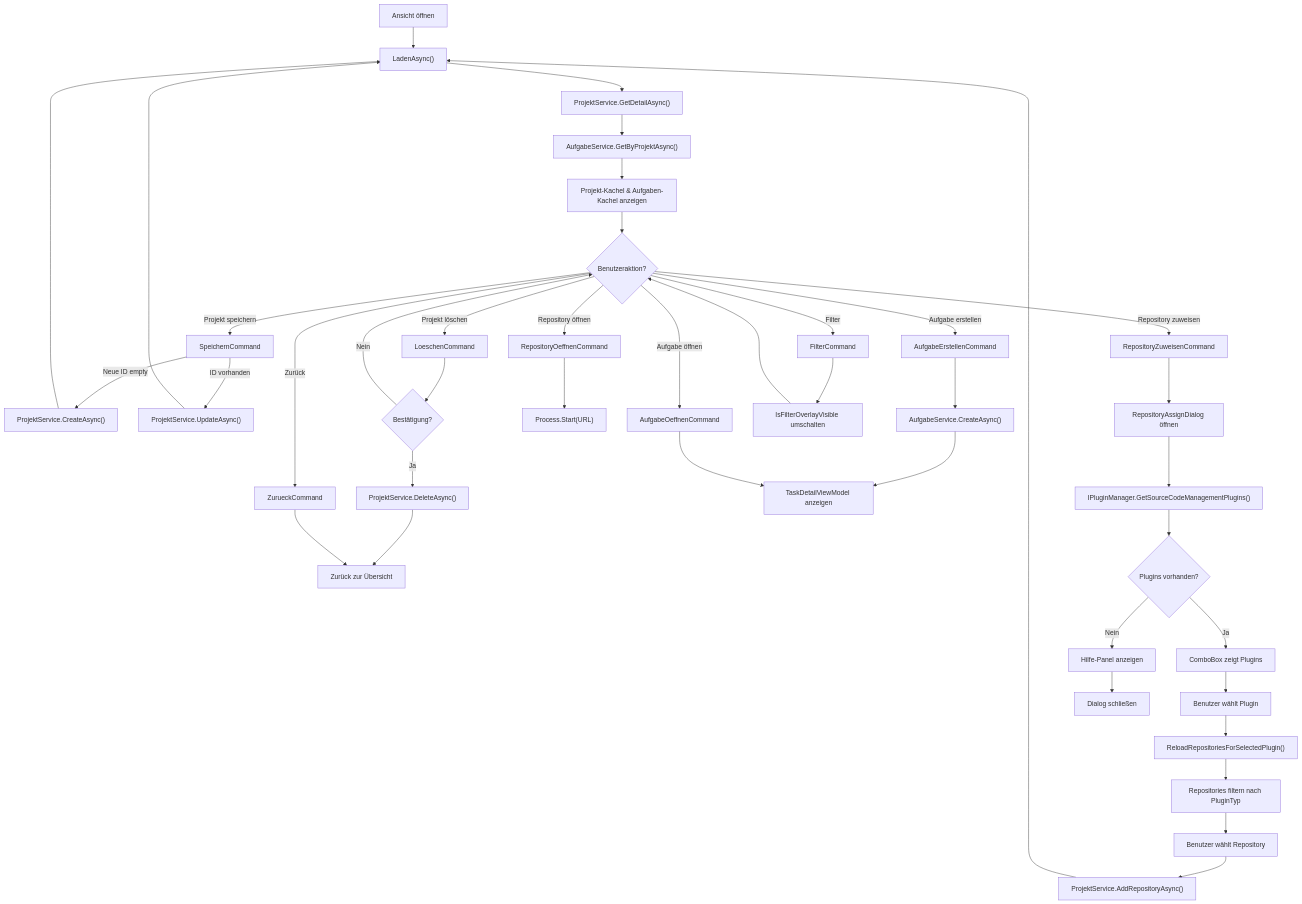
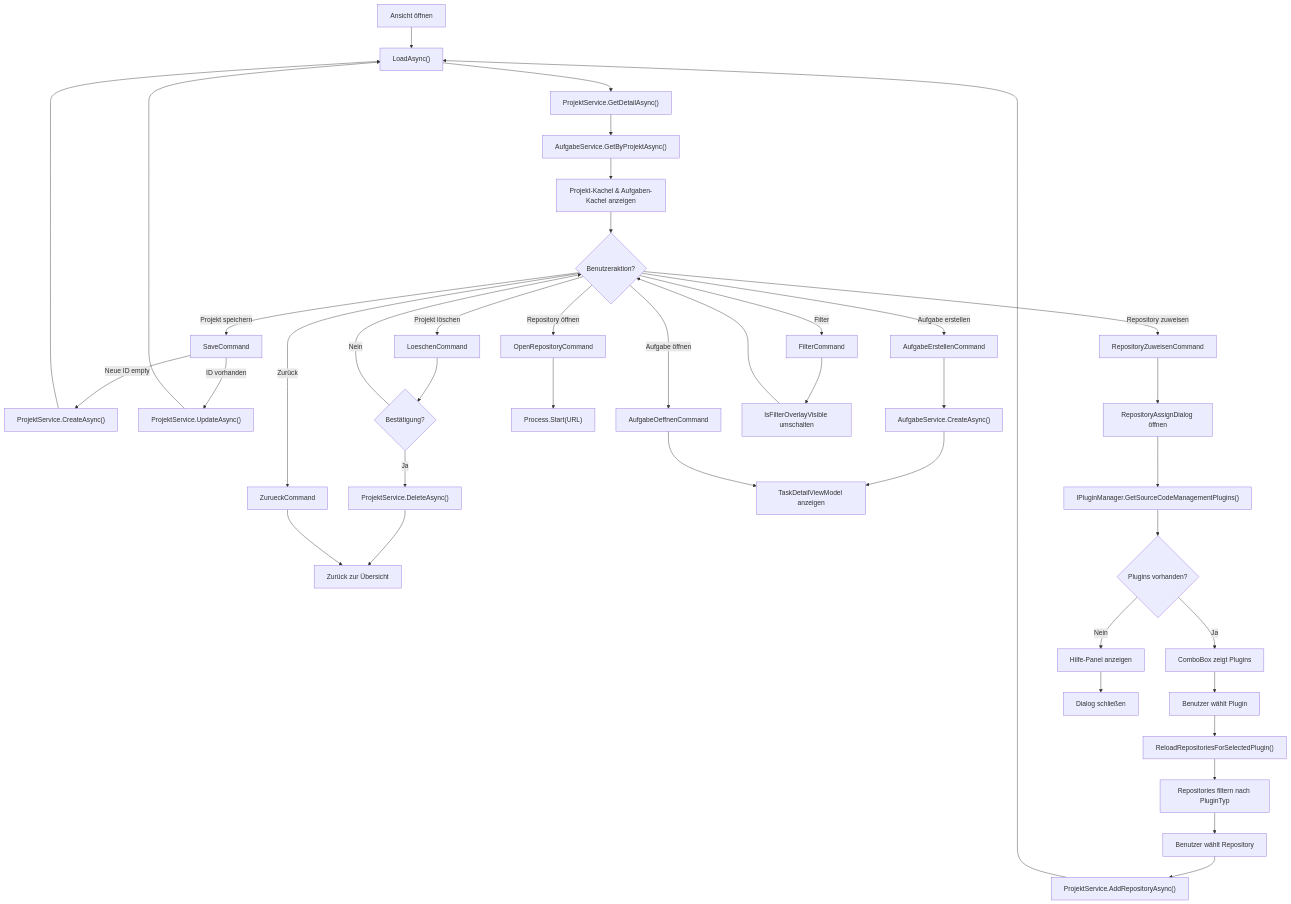
One commit to martin-stromberg/Softwareschmiede changed the diagram in docs/help/projekte/ablauf-technisch.md. Above: the diagram before and after it, drawn with Mermaid. The commit also changed other lines of this file and 76 other files, not shown here.

````diff
--- a/docs/help/projekte/ablauf-technisch.md
+++ b/docs/help/projekte/ablauf-technisch.md
@@ -369,52 +369,52 @@
 ```mermaid
 flowchart TD
-    Start[Ansicht öffnen] --> Load["LadenAsync()"]
+    Start[Ansicht öffnen] --> Load["LoadAsync()"]
     Load --> LoadProj["ProjektService.GetDetailAsync()"]
     LoadProj --> LoadTasks["AufgabeService.GetByProjektAsync()"]
     LoadTasks --> ShowUI["Projekt-Kachel & Aufgaben-Kachel anzeigen"]
     
     ShowUI --> UserAction{Benutzeraktion?}
     
-    UserAction -->|Projekt speichern| SaveProj["SpeichernCommand"]
+    UserAction -->|Projekt speichern| SaveProj["SaveCommand"]
     SaveProj -->|Neue ID empty| CreateProj["ProjektService.CreateAsync()"]
     SaveProj -->|ID vorhanden| UpdateProj["ProjektService.UpdateAsync()"]
     CreateProj --> Load
     UpdateProj --> Load
     
     UserAction -->|Projekt löschen| DelCmd["LoeschenCommand"]
     DelCmd --> Confirm{"Bestätigung?"}
     Confirm -->|Nein| UserAction
     Confirm -->|Ja| DeleteProj["ProjektService.DeleteAsync()"]
     DeleteProj --> Back["Zurück zur Übersicht"]
     
     UserAction -->|Repository zuweisen| RepoCmd["RepositoryZuweisenCommand"]
     RepoCmd --> Dialog["RepositoryAssignDialog öffnen"]
     Dialog --> LoadPlugins["IPluginManager.GetSourceCodeManagementPlugins()"]
     LoadPlugins --> CheckPlugins{Plugins vorhanden?}
     CheckPlugins -->|Ja| ShowCombo["ComboBox zeigt Plugins"]
     CheckPlugins -->|Nein| ShowHelp["Hilfe-Panel anzeigen"]
     ShowCombo --> SelectPlugin["Benutzer wählt Plugin"]
     SelectPlugin --> ReloadRepos["ReloadRepositoriesForSelectedPlugin()"]
     ReloadRepos --> FilterRepos["Repositories filtern nach PluginTyp"]
     FilterRepos --> Select["Benutzer wählt Repository"]
     Select --> AssignRepo["ProjektService.AddRepositoryAsync()"]
     AssignRepo --> Load
     ShowHelp --> BackDialog["Dialog schließen"]
     
-    UserAction -->|Repository öffnen| OpenCmd["RepositoryOeffnenCommand"]
+    UserAction -->|Repository öffnen| OpenCmd["OpenRepositoryCommand"]
     OpenCmd --> OpenBrowser["Process.Start(URL)"]
     
     UserAction -->|Aufgabe erstellen| NewCmd["AufgabeErstellenCommand"]
     NewCmd --> CreateTask["AufgabeService.CreateAsync()"]
     CreateTask --> ShowDetail["TaskDetailViewModel anzeigen"]
     
     UserAction -->|Filter| FilterCmd["FilterCommand"]
     FilterCmd --> ToggleOverlay["IsFilterOverlayVisible umschalten"]
     ToggleOverlay --> UserAction
     
     UserAction -->|Aufgabe öffnen| OpenTask["AufgabeOeffnenCommand"]
     OpenTask --> ShowDetail
     
     UserAction -->|Zurück| BackCmd["ZurueckCommand"]
     BackCmd --> Back
 ```
````
